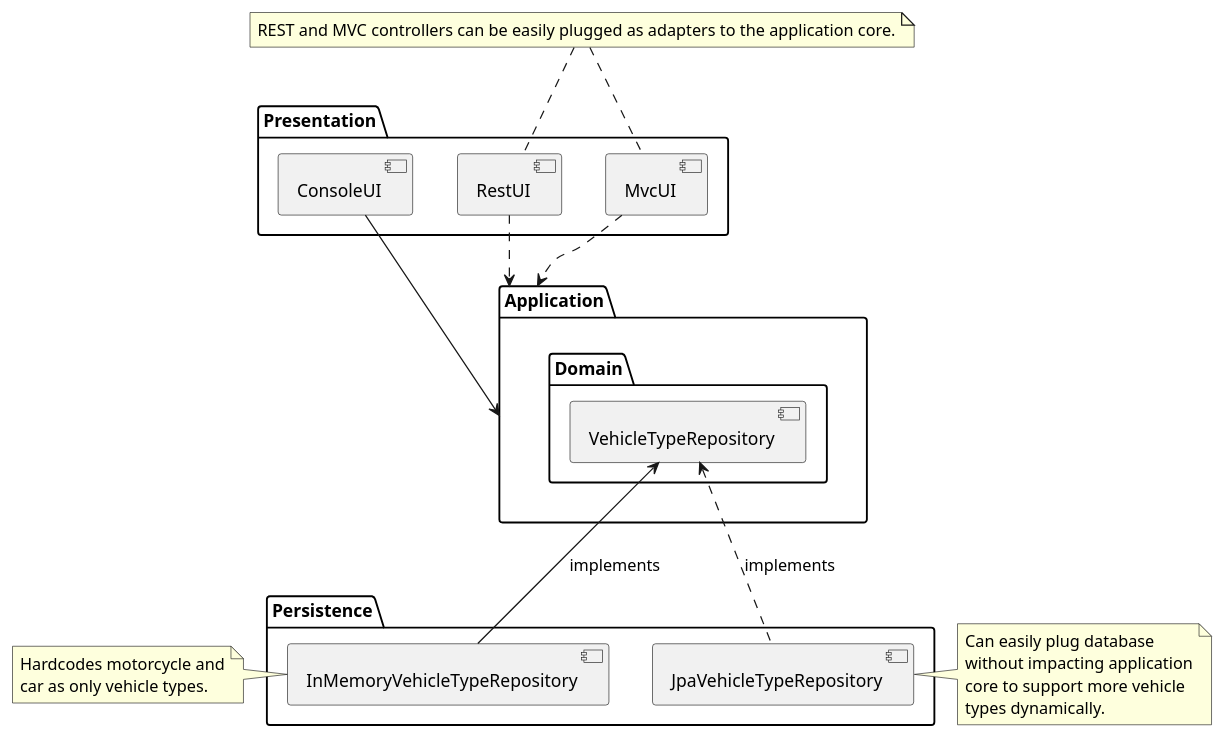
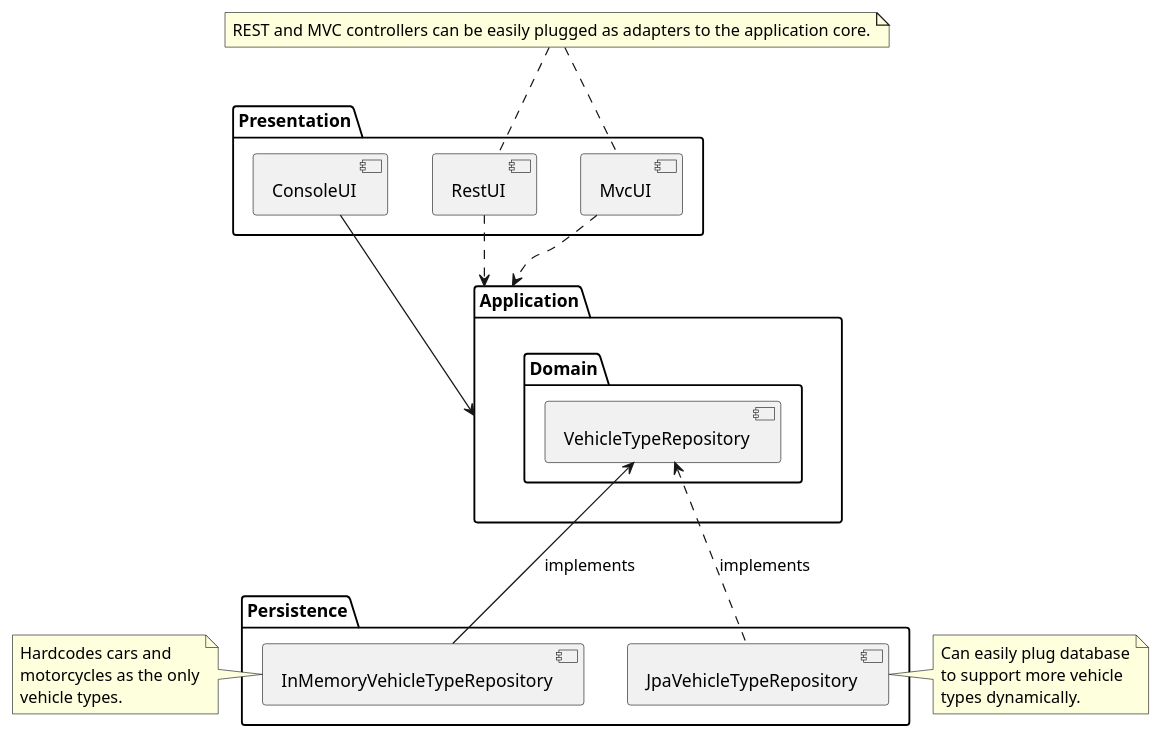
The diagram in docs/c3-component.puml (mettyoung/automated-valet-car-parking-system), drawn with PlantUML before and after one commit. The commit also changed 1 other file, not shown here.

```diff
--- a/docs/c3-component.puml
+++ b/docs/c3-component.puml
@@ -1,32 +1,32 @@
 @startuml
 
 package Application {
     package Domain {
         [VehicleTypeRepository]
     }
 }
 
 package Persistence {
     [InMemoryVehicleTypeRepository]
     [JpaVehicleTypeRepository]
 }
 
 package Presentation {
     component ConsoleUI
     component RestUI
     component MvcUI
 }
 
 InMemoryVehicleTypeRepository -up-> VehicleTypeRepository: implements
 JpaVehicleTypeRepository .up.> VehicleTypeRepository: implements
 ConsoleUI --> Application
 RestUI ..> Application
 MvcUI ..> Application
 
 Note "REST and MVC controllers can be easily plugged as adapters to the application core." as uiNote
 uiNote .. RestUI
 uiNote .. MvcUI
-Note left of InMemoryVehicleTypeRepository: Hardcodes motorcycle and\ncar as only vehicle types.
-Note right of JpaVehicleTypeRepository: Can easily plug database\nwithout impacting application\ncore to support more vehicle\ntypes dynamically.
+Note left of InMemoryVehicleTypeRepository: Hardcodes cars and\nmotorcycles as the only\nvehicle types.
+Note right of JpaVehicleTypeRepository: Can easily plug database\nto support more vehicle\ntypes dynamically.
 
 @enduml
```
